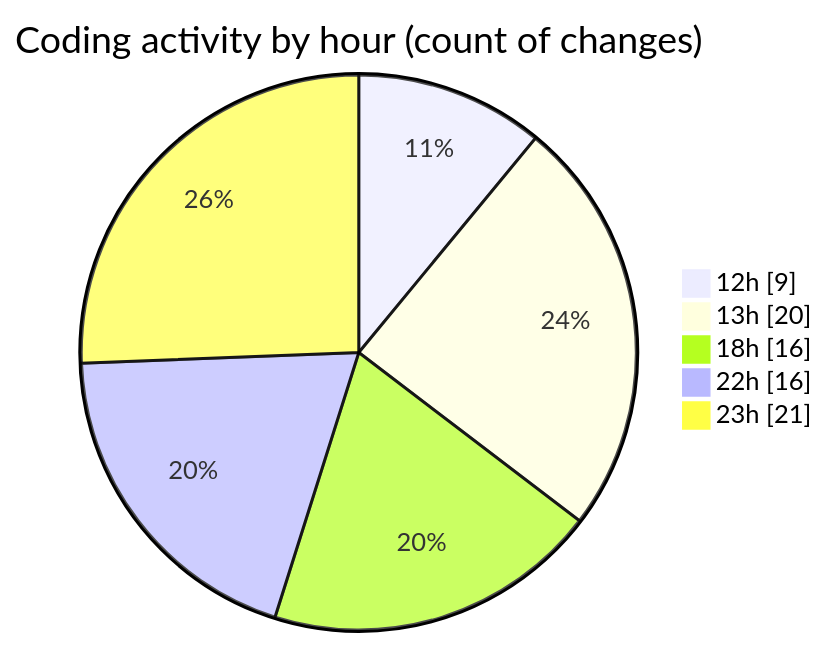
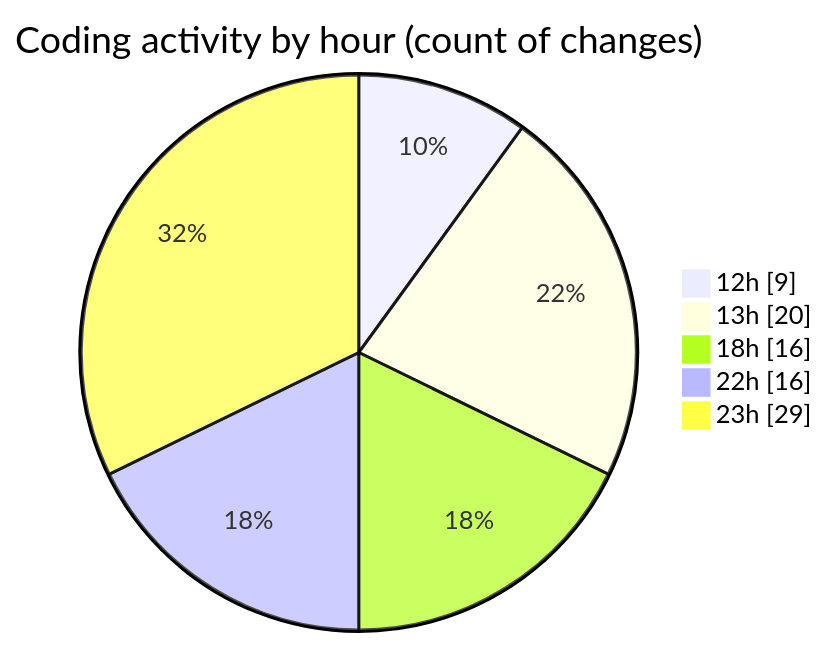
One commit to hasnaa123/code-tracking changed the second of 2 diagrams in 2026-10-25/taskforge/README.md. Above: the diagram before and after it, drawn with Mermaid. The commit also changed other lines of this file and 1 other file, not shown here.

````diff
--- a/2026-10-25/taskforge/README.md
+++ b/2026-10-25/taskforge/README.md
@@ -31,9 +31,9 @@
 ```mermaid
 pie showData
 title Coding activity by hour (count of changes)
 "12h" : 9
 "13h" : 20
 "18h" : 16
 "22h" : 16
-"23h" : 21
+"23h" : 29
 ```
````
